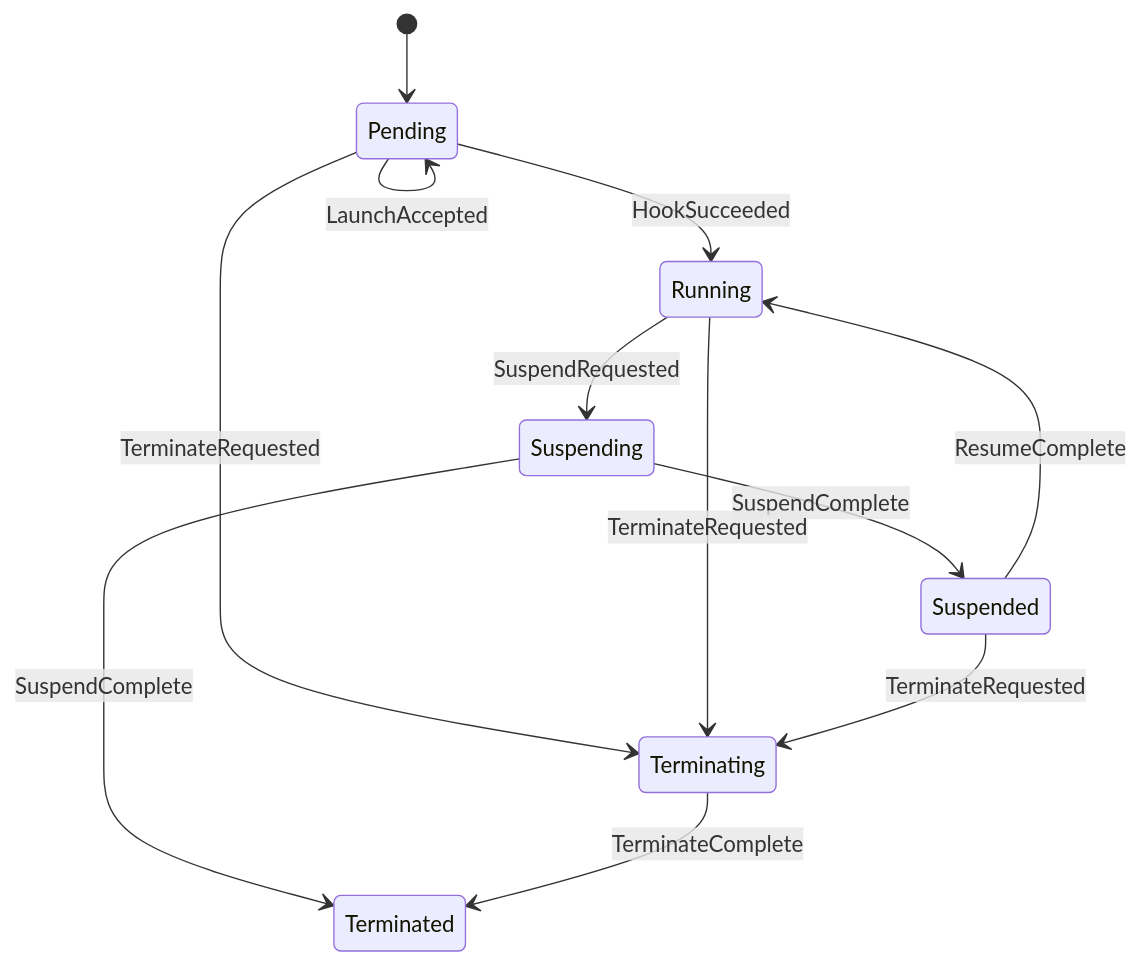
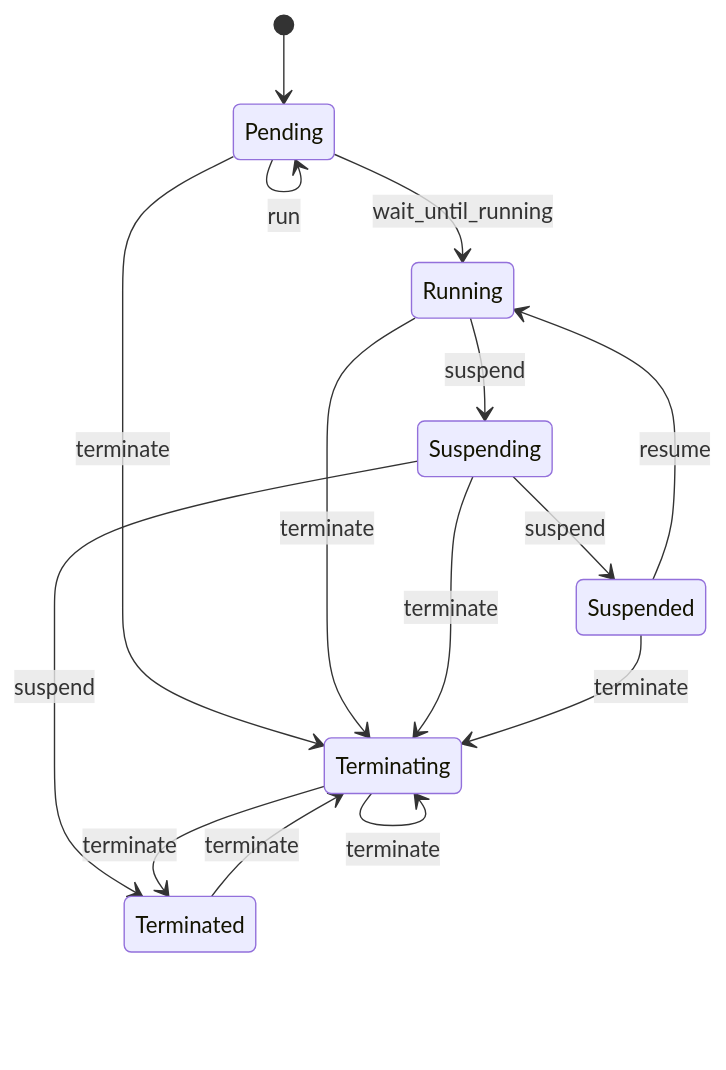
The fifth of 16 diagrams in docs/behavior/state-machines.md (laithalsaadoon/microvms-agentd), drawn with Mermaid before and after one commit. The commit also changed other lines of this file and 19 other files, not shown here.

````diff
--- a/docs/behavior/state-machines.md
+++ b/docs/behavior/state-machines.md
@@ -297,14 +81,17 @@
 ```mermaid
 stateDiagram-v2
     [*] --> Pending
-    Pending --> Pending: LaunchAccepted
-    Pending --> Running: HookSucceeded
-    Running --> Suspending: SuspendRequested
-    Suspending --> Suspended: SuspendComplete
-    Suspending --> Terminated: SuspendComplete
-    Suspended --> Running: ResumeComplete
-    Pending --> Terminating: TerminateRequested
-    Running --> Terminating: TerminateRequested
-    Suspended --> Terminating: TerminateRequested
-    Terminating --> Terminated: TerminateComplete
+    Pending --> Pending: run
+    Pending --> Running: wait_until_running
+    Running --> Suspending: suspend
+    Suspending --> Suspended: suspend
+    Suspending --> Terminated: suspend
+    Suspended --> Running: resume
+    Pending --> Terminating: terminate
+    Running --> Terminating: terminate
+    Suspending --> Terminating: terminate
+    Suspended --> Terminating: terminate
+    Terminating --> Terminating: terminate
+    Terminated --> Terminating: terminate
+    Terminating --> Terminated: terminate
 ```
````
